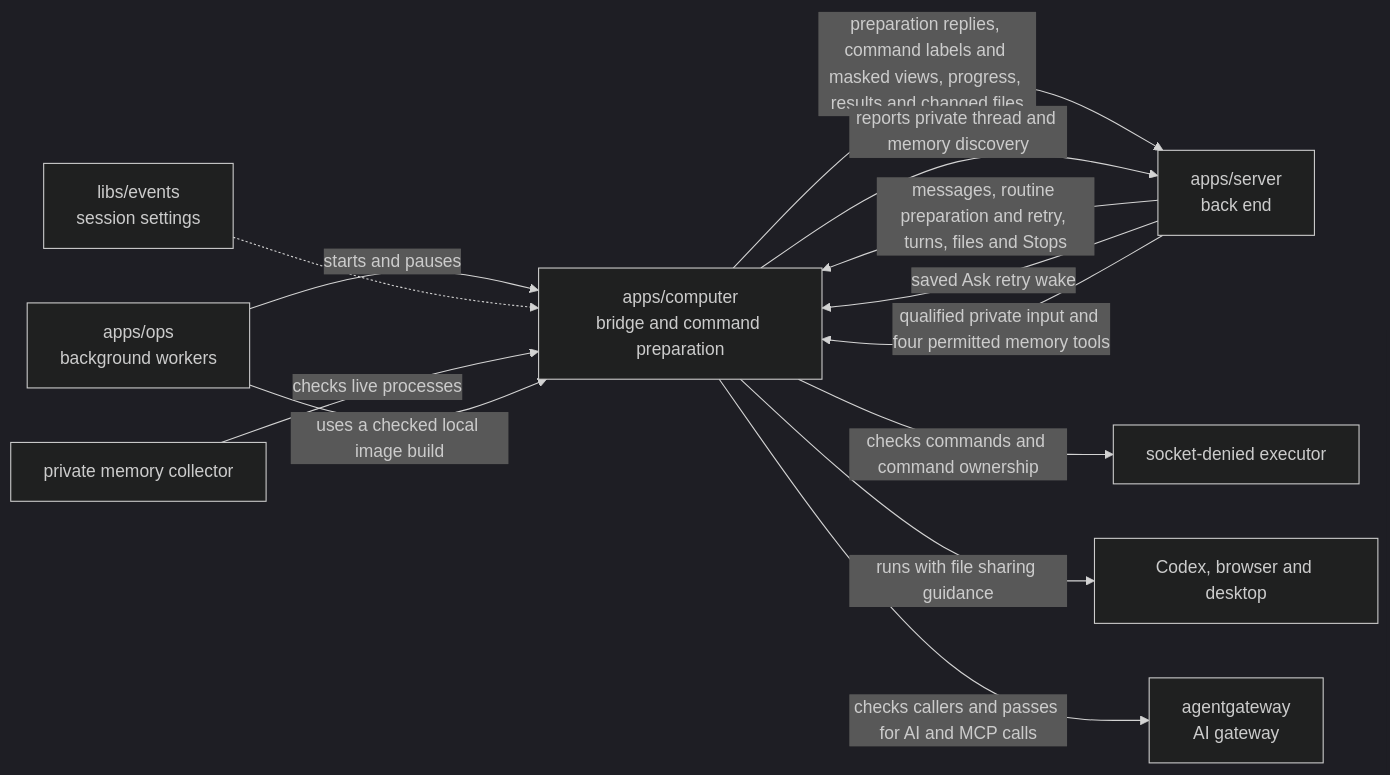
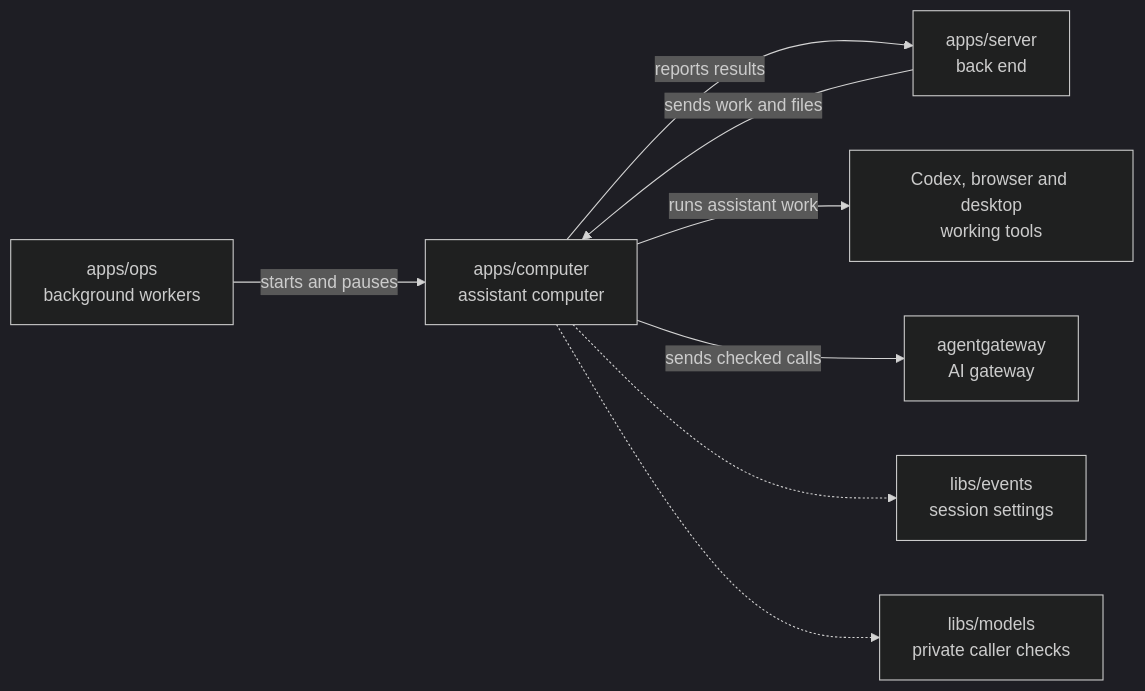
The diagram in apps/computer/README.md (elewa-git/opencrane-new), drawn with Mermaid (dark theme) before and after one commit. The commit also changed other lines of this file and 12 other files, not shown here.

````diff
--- a/apps/computer/README.md
+++ b/apps/computer/README.md
@@ -16,16 +18,10 @@
 ```mermaid
 flowchart LR
-  computer["apps/computer<br/>bridge and command preparation"]
-  ops["apps/ops<br/>background workers"] -->|starts and pauses| computer
-  server["apps/server<br/>back end"] -->|messages, routine preparation and retry, turns, files and Stops| computer
-  server -->|saved Ask retry wake| computer
-  computer -->|preparation replies, command labels and masked views, progress, results and changed files| server
-  settings["libs/events<br/>session settings"] -.-> computer
-  server -->|qualified private input and four permitted memory tools| computer
-  computer -->|reports private thread and memory discovery| server
-  computer -->|checks commands and command ownership| executor["socket-denied executor"]
-  computer -->|runs with file sharing guidance| desktop["Codex, browser and desktop"]
-  computer -->|checks callers and passes for AI and MCP calls| gateway["agentgateway<br/>AI gateway"]
-  collector["private memory collector"] -->|checks live processes| computer
-  ops -->|uses a checked local image build| computer
+  ops["apps/ops<br/>background workers"] -->|starts and pauses| computer["apps/computer<br/>assistant computer"]
+  server["apps/server<br/>back end"] -->|sends work and files| computer
+  computer -->|reports results| server
+  computer -->|runs assistant work| desktop["Codex, browser and desktop<br/>working tools"]
+  computer -->|sends checked calls| gateway["agentgateway<br/>AI gateway"]
+  computer -.-> events["libs/events<br/>session settings"]
+  computer -.-> models["libs/models<br/>private caller checks"]
 ```
````
